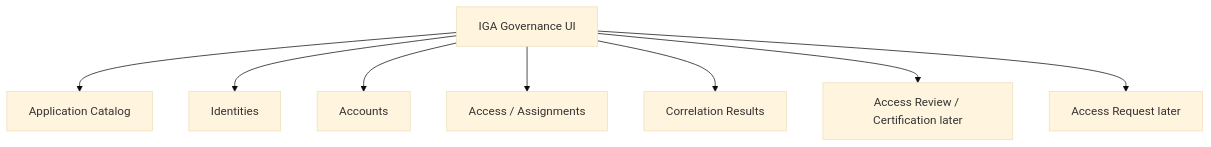
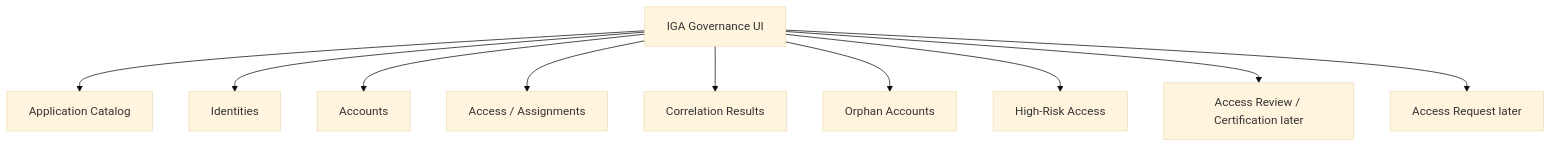
Before and after one commit to i-m-rish/luffy: the eighth of 8 diagrams in apps/iga-service/docs/diagrams.md, drawn with Mermaid (base theme). The commit also changed other lines of this file, not shown here.

Commit message:
Update IGA diagrams with source mapping and risk view

````diff
--- a/apps/iga-service/docs/diagrams.md
+++ b/apps/iga-service/docs/diagrams.md
@@ -155,19 +206,23 @@
 ```mermaid
 flowchart TD
     UI[IGA Governance UI]
     CATALOG[Application Catalog]
     IDENTITIES[Identities]
     ACCOUNTS[Accounts]
     ACCESS[Access / Assignments]
     CORR[Correlation Results]
+    ORPHANS[Orphan Accounts]
+    RISK[High-Risk Access]
     REVIEW[Access Review / Certification later]
     REQUEST[Access Request later]
 
     UI --> CATALOG
     UI --> IDENTITIES
     UI --> ACCOUNTS
     UI --> ACCESS
     UI --> CORR
+    UI --> ORPHANS
+    UI --> RISK
     UI --> REVIEW
     UI --> REQUEST
 ```
````
